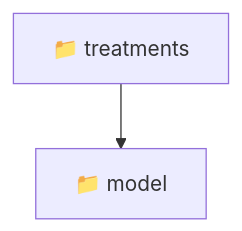
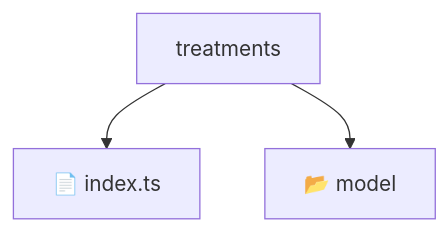
The diagram in frontend/src/features/treatments/README.md (beginwebdev2002/fullstack-mavluda), drawn with Mermaid before and after one commit. The commit also changed other lines of this file and 155 other files, not shown here.

````diff
--- a/frontend/src/features/treatments/README.md
+++ b/frontend/src/features/treatments/README.md
@@ -10,5 +14,6 @@
 ```mermaid
 graph TD
-  Root["📁 treatments"]
-  Root --> model["📁 model"]
+    Root[treatments]
+    Root --> F0[📄 index.ts]
+    Root --> F1[📂 model]
 ```
````
